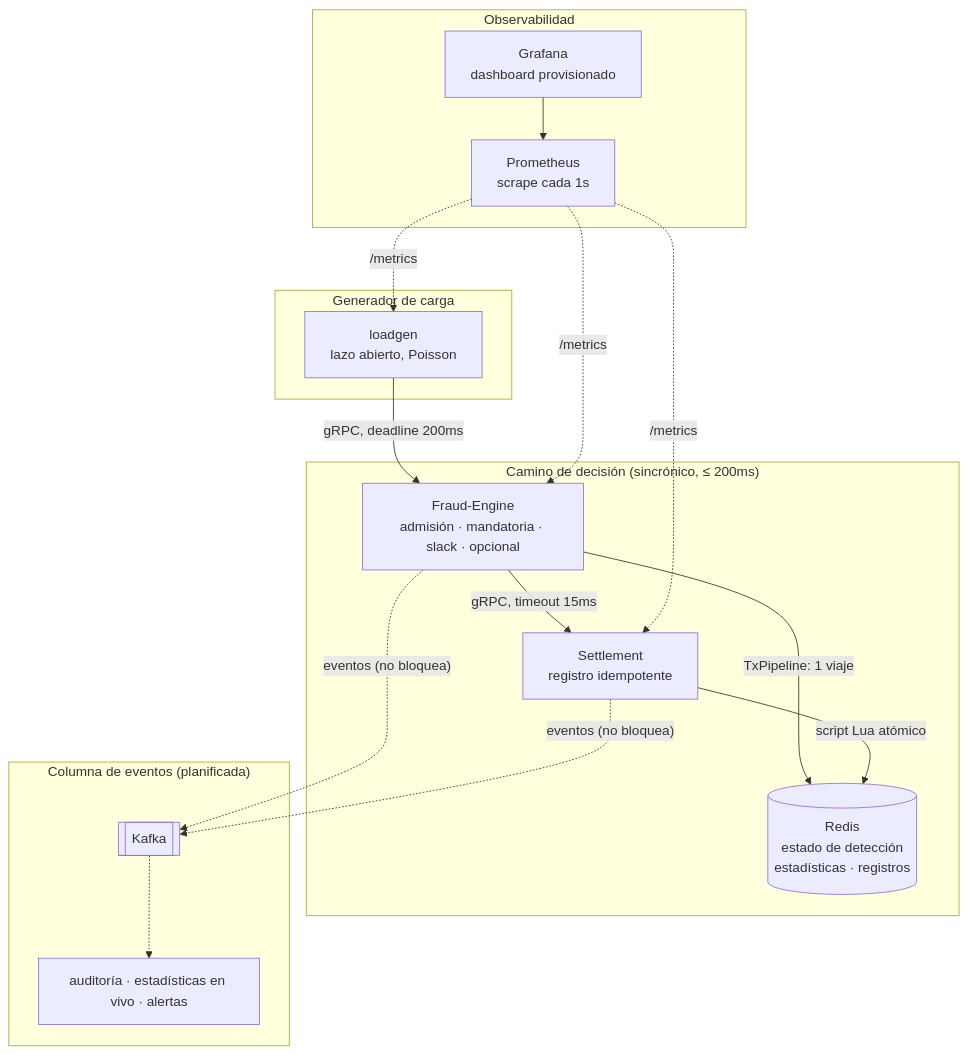
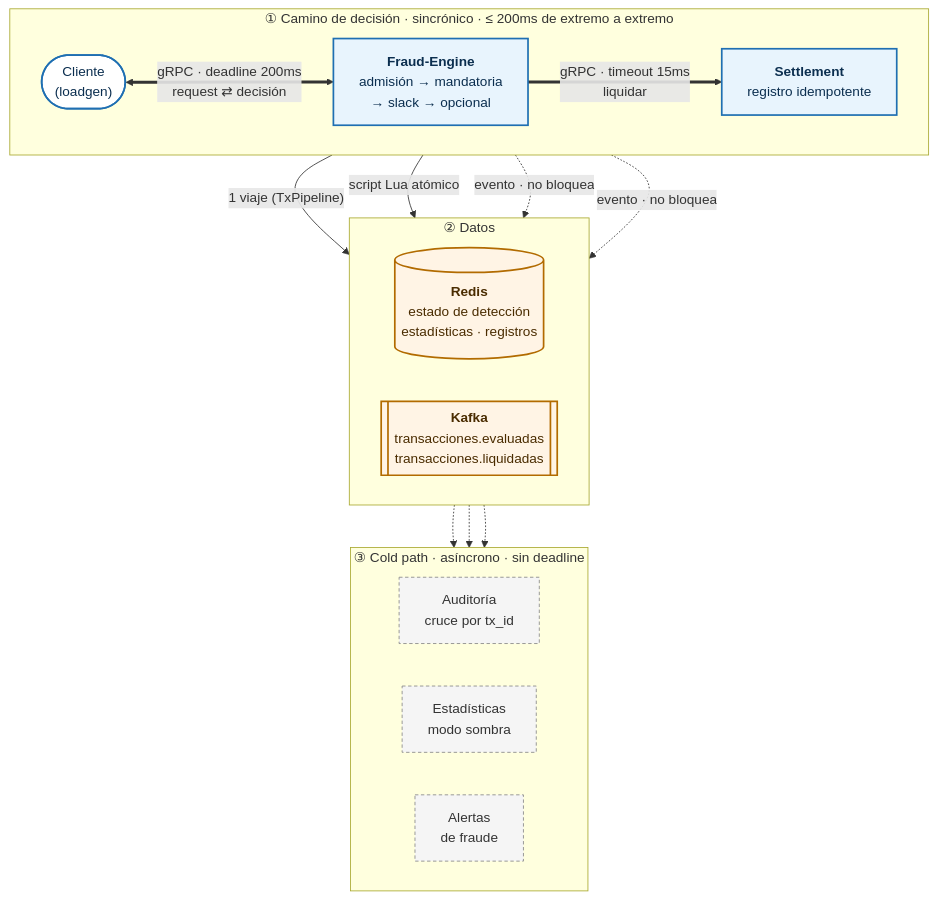
The first of 4 diagrams in README.md (festradax07/Fraud-Detector-RTS), drawn with Mermaid before and after one commit. The commit also changed other lines of this file and 32 other files, not shown here.

Commit message:
feat: add Kafka event backbone (cold path) with audit, alerts and shadow stats

````diff
--- a/README.md
+++ b/README.md
@@ -86,34 +90,41 @@
 ```mermaid
 flowchart TB
-    subgraph carga["Generador de carga"]
-        LG["loadgen<br/>lazo abierto, Poisson"]
+    subgraph hot["① Camino de decisión · sincrónico · ≤ 200ms de extremo a extremo"]
+        direction LR
+        C(["Cliente<br/>(loadgen)"])
+        FE["<b>Fraud-Engine</b><br/>admisión → mandatoria<br/>→ slack → opcional"]
+        ST["<b>Settlement</b><br/>registro idempotente"]
+        C <== "gRPC · deadline 200ms<br/>request ⇄ decisión" ==> FE
+        FE == "gRPC · timeout 15ms<br/>liquidar" ==> ST
     end
 
-    subgraph hot["Camino de decisión (sincrónico, ≤ 200ms)"]
-        FE["Fraud-Engine<br/>admisión · mandatoria · slack · opcional"]
-        ST["Settlement<br/>registro idempotente"]
-        RD[("Redis<br/>estado de detección<br/>estadísticas · registros")]
+    subgraph datos["② Datos"]
+        direction LR
+        RD[("<b>Redis</b><br/>estado de detección<br/>estadísticas · registros")]
+        KF[["<b>Kafka</b><br/>transacciones.evaluadas<br/>transacciones.liquidadas"]]
     end
 
-    subgraph obs["Observabilidad"]
-        PR["Prometheus<br/>scrape cada 1s"]
-        GF["Grafana<br/>dashboard provisionado"]
+    subgraph cold["③ Cold path · asíncrono · sin deadline"]
+        direction LR
+        AU["Auditoría<br/>cruce por tx_id"]
+        ES["Estadísticas<br/>modo sombra"]
+        AL["Alertas<br/>de fraude"]
     end
 
-    subgraph cold["Columna de eventos (planificada)"]
-        KF[["Kafka"]]
-        CS["auditoría · estadísticas en vivo · alertas"]
-    end
+    FE -- "1 viaje (TxPipeline)" --> RD
+    ST -- "script Lua atómico" --> RD
+    FE -. "evento · no bloquea" .-> KF
+    ST -. "evento · no bloquea" .-> KF
+    KF -.-> AU
+    KF -.-> ES
+    KF -.-> AL
 
-    LG -- "gRPC, deadline 200ms" --> FE
-    FE -- "TxPipeline: 1 viaje" --> RD
-    FE -- "gRPC, timeout 15ms" --> ST
-    ST -- "script Lua atómico" --> RD
-    PR -. "/metrics" .-> FE
-    PR -. "/metrics" .-> ST
-    PR -. "/metrics" .-> LG
-    GF --> PR
-    FE -. "eventos (no bloquea)" .-> KF
-    ST -. "eventos (no bloquea)" .-> KF
-    KF -.-> CS
+    classDef sinc fill:#e8f4fd,stroke:#1f6fb2,stroke-width:2px,color:#0b2e4f
+    classDef cliente fill:#ffffff,stroke:#1f6fb2,stroke-width:2px,color:#0b2e4f
+    classDef dato fill:#fff4e5,stroke:#b26b00,stroke-width:2px,color:#4a2c00
+    classDef asinc fill:#f5f5f5,stroke:#888,stroke-dasharray: 4 3,color:#333
+    class FE,ST sinc
+    class C cliente
+    class RD,KF dato
+    class AU,ES,AL asinc
 ```
````
